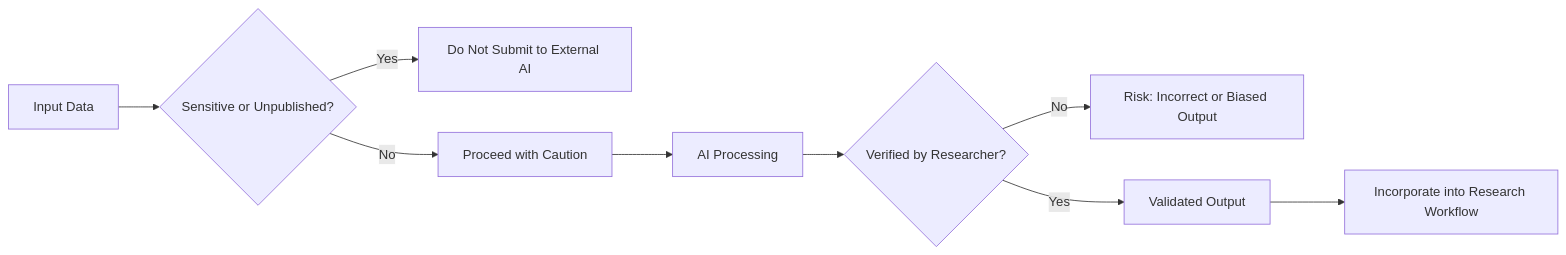
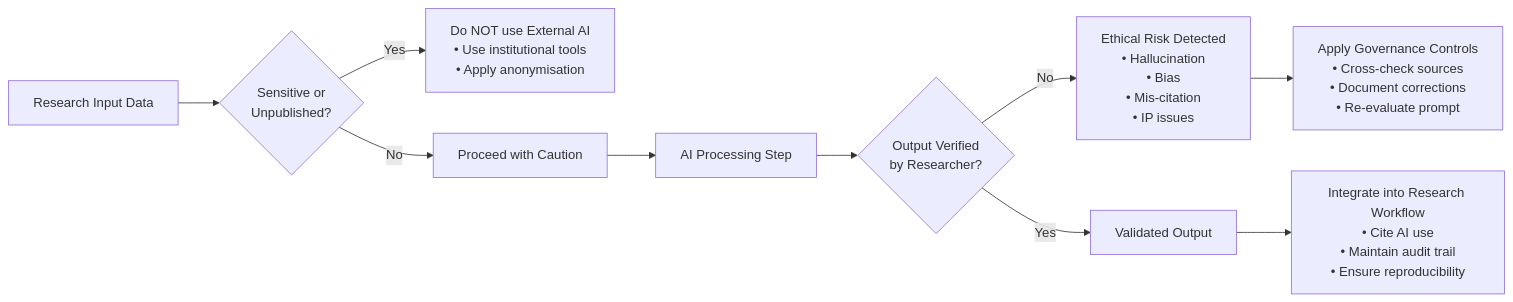
Before and after one commit to thomgiles/DSDSP: the sixth of 7 diagrams in training_site/essential_digital_skills/episodes/ext1-responsible_ai.qmd, drawn with Mermaid. The commit also changed other lines of this file and 3 other files, not shown here.

````diff
--- a/training_site/essential_digital_skills/episodes/ext1-responsible_ai.qmd
+++ b/training_site/essential_digital_skills/episodes/ext1-responsible_ai.qmd
@@ -499,13 +478,18 @@
-```mermaid
+```{mermaid}
 flowchart LR
-    A[Input Data] --> B{Sensitive or Unpublished?}
-    B -->|Yes| C[Do Not Submit to External AI]
+    A[Research Input Data] --> B{Sensitive or<br/>Unpublished?}
+
+    B -->|Yes| C[Do NOT use External AI<br/>• Use institutional tools<br/>• Apply anonymisation]
     B -->|No| D[Proceed with Caution]
 
-    D --> E[AI Processing]
-    E --> F{Verified by Researcher?}
-    F -->|No| G[Risk: Incorrect or Biased Output]
-    F -->|Yes| H[Validated Output]
+    D --> E[AI Processing Step]
 
-    H --> I[Incorporate into Research Workflow]
+    E --> F{Output Verified<br/>by Researcher?}
+
+    F -->|No| G[Ethical Risk Detected<br/>• Hallucination<br/>• Bias<br/>• Mis-citation<br/>• IP issues]
+    G --> H[Apply Governance Controls<br/>• Cross-check sources<br/>• Document corrections<br/>• Re-evaluate prompt]
+
+    F -->|Yes| I[Validated Output]
+
+    I --> J[Integrate into Research Workflow<br/>• Cite AI use<br/>• Maintain audit trail<br/>• Ensure reproducibility]
 ```
````
